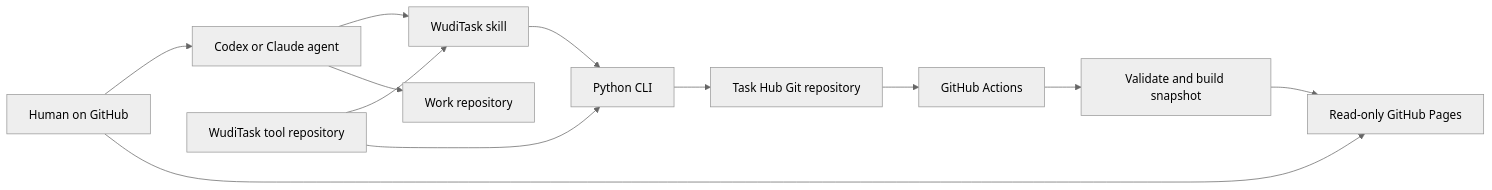
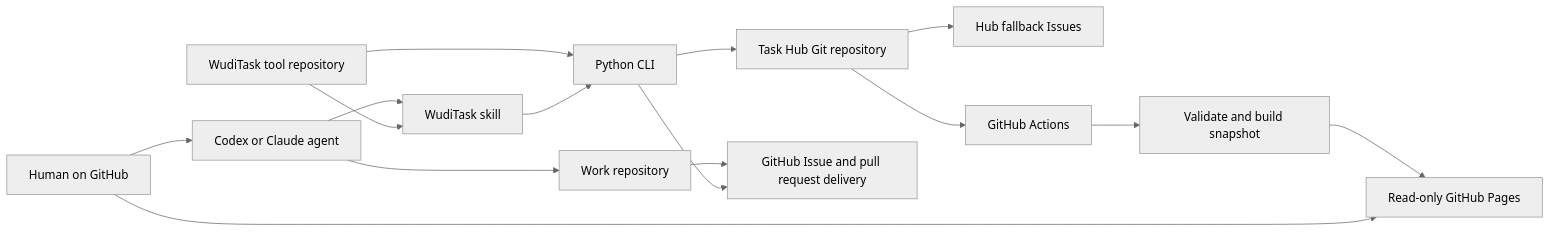
Before and after one commit to ChaoWao/wuditask: the first of 2 diagrams in docs/architecture.md, drawn with Mermaid (neutral theme). The commit also changed other lines of this file and 42 other files, not shown here.

First line of the commit message:
Update: integrate GitHub delivery with WudiTask

````diff
--- a/docs/architecture.md
+++ b/docs/architecture.md
@@ -9,14 +9,17 @@
 ```mermaid
 flowchart LR
   H["Human on GitHub"] --> A["Codex or Claude agent"]
   A --> S["WudiTask skill"]
   T["WudiTask tool repository"] --> S
   T --> P["Python CLI"]
   S --> P
   P --> G["Task Hub Git repository"]
   A --> W["Work repository"]
+  W --> D["GitHub Issue and pull request delivery"]
+  G --> I["Hub fallback Issues"]
+  P --> D
   G --> X["GitHub Actions"]
   X --> V["Validate and build snapshot"]
   V --> Q["Read-only GitHub Pages"]
   H --> Q
 ```
````
